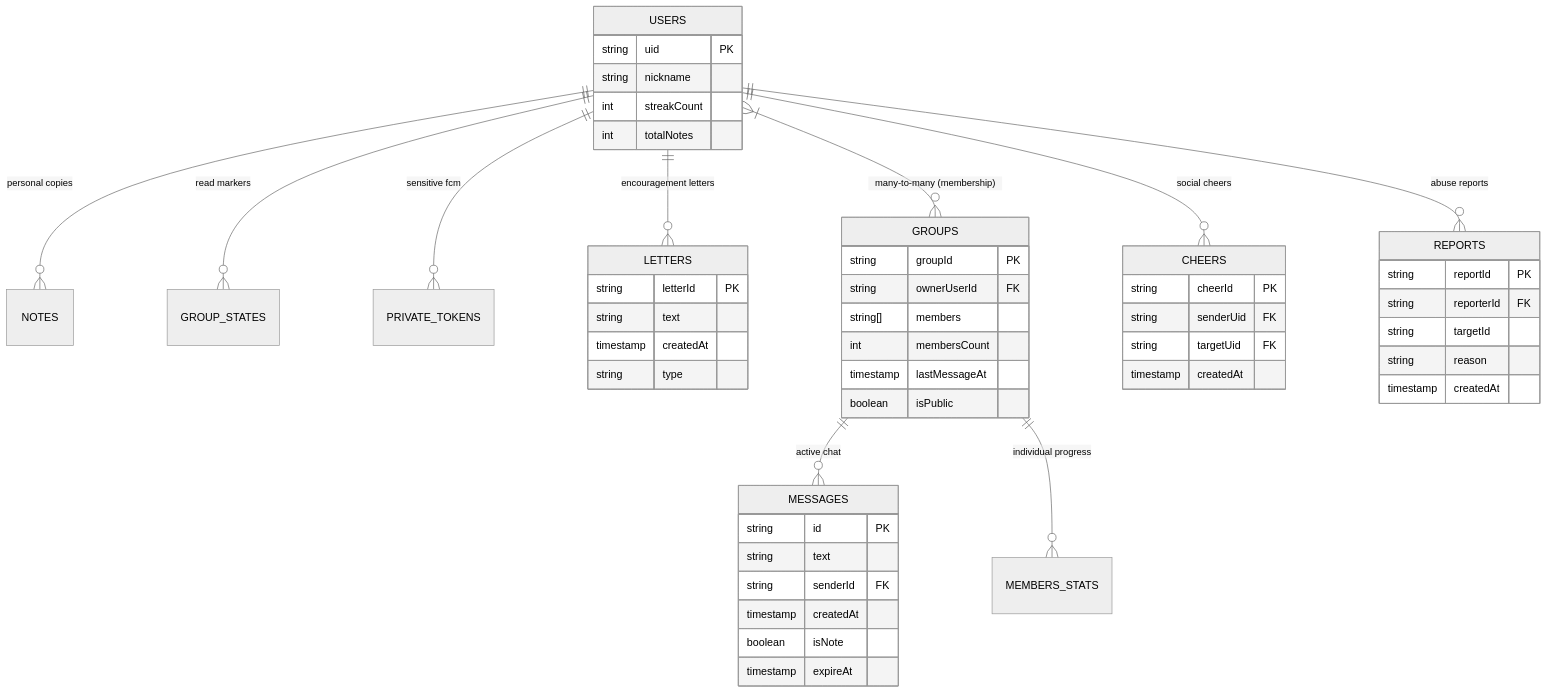
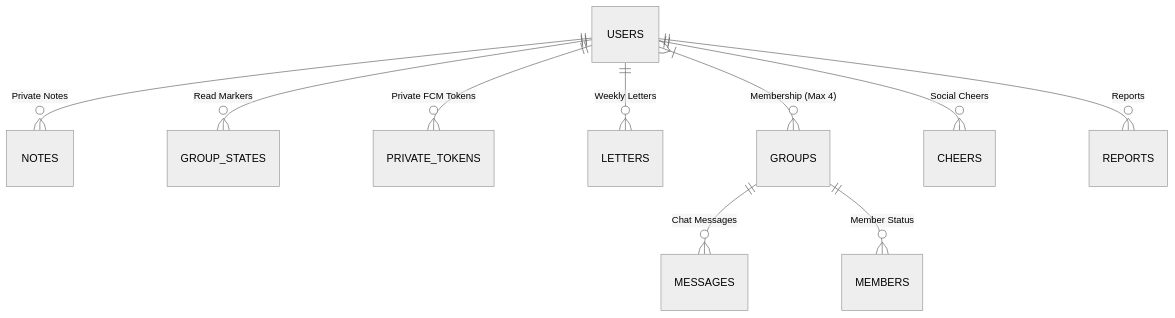
Before and after one commit to ScriptureHabit/scripture-habit: the first of 2 diagrams in docs/database-security.md, drawn with Mermaid (neutral theme). The commit also changed other lines of this file and 15 other files, not shown here.

Commit message:
docs: refine and simplify all Architecture Overview documentation in Japanese and English

````diff
--- a/docs/database-security.md
+++ b/docs/database-security.md
@@ -11,62 +9,15 @@
 ```mermaid
 erDiagram
-    USERS ||--o{ NOTES : "personal copies"
-    USERS ||--o{ GROUP_STATES : "read markers"
-    USERS ||--o{ PRIVATE_TOKENS : "sensitive fcm"
-    USERS ||--o{ LETTERS : "encouragement letters"
+    USERS ||--o{ NOTES : "Private Notes"
+    USERS ||--o{ GROUP_STATES : "Read Markers"
+    USERS ||--o{ PRIVATE_TOKENS : "Private FCM Tokens"
+    USERS ||--o{ LETTERS : "Weekly Letters"
     
-    GROUPS ||--o{ MESSAGES : "active chat"
-    GROUPS ||--o{ MEMBERS_STATS : "individual progress"
+    GROUPS ||--o{ MESSAGES : "Chat Messages"
+    GROUPS ||--o{ MEMBERS : "Member Status"
     
-    USERS }|--o{ GROUPS : "many-to-many (membership)"
+    USERS }|--o{ GROUPS : "Membership (Max 4)"
     
-    USERS ||--o{ CHEERS : "social cheers"
-    USERS ||--o{ REPORTS : "abuse reports"
-    
-    USERS {
-        string uid PK
-        string nickname
-        int streakCount
-        int totalNotes
-    }
-    
-    GROUPS {
-        string groupId PK
-        string ownerUserId FK
-        string[] members
-        int membersCount
-        timestamp lastMessageAt
-        boolean isPublic
-    }
-    
-    MESSAGES {
-        string id PK
-        string text
-        string senderId FK
-        timestamp createdAt
-        boolean isNote
-        timestamp expireAt
-    }
-    
-    LETTERS {
-        string letterId PK
-        string text
-        timestamp createdAt
-        string type
-    }
-    
-    CHEERS {
-        string cheerId PK
-        string senderUid FK
-        string targetUid FK
-        timestamp createdAt
-    }
-    
-    REPORTS {
-        string reportId PK
-        string reporterId FK
-        string targetId
-        string reason
-        timestamp createdAt
-    }
+    USERS ||--o{ CHEERS : "Social Cheers"
+    USERS ||--o{ REPORTS : "Reports"
 ```
````
